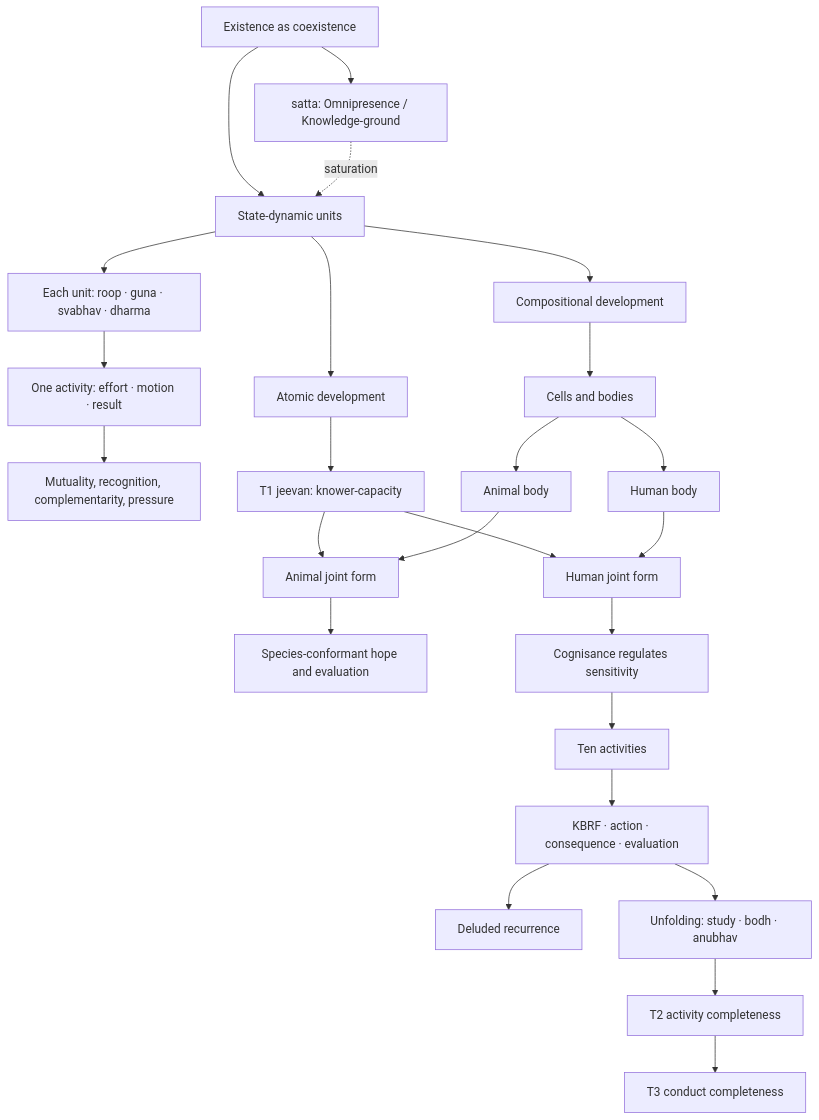
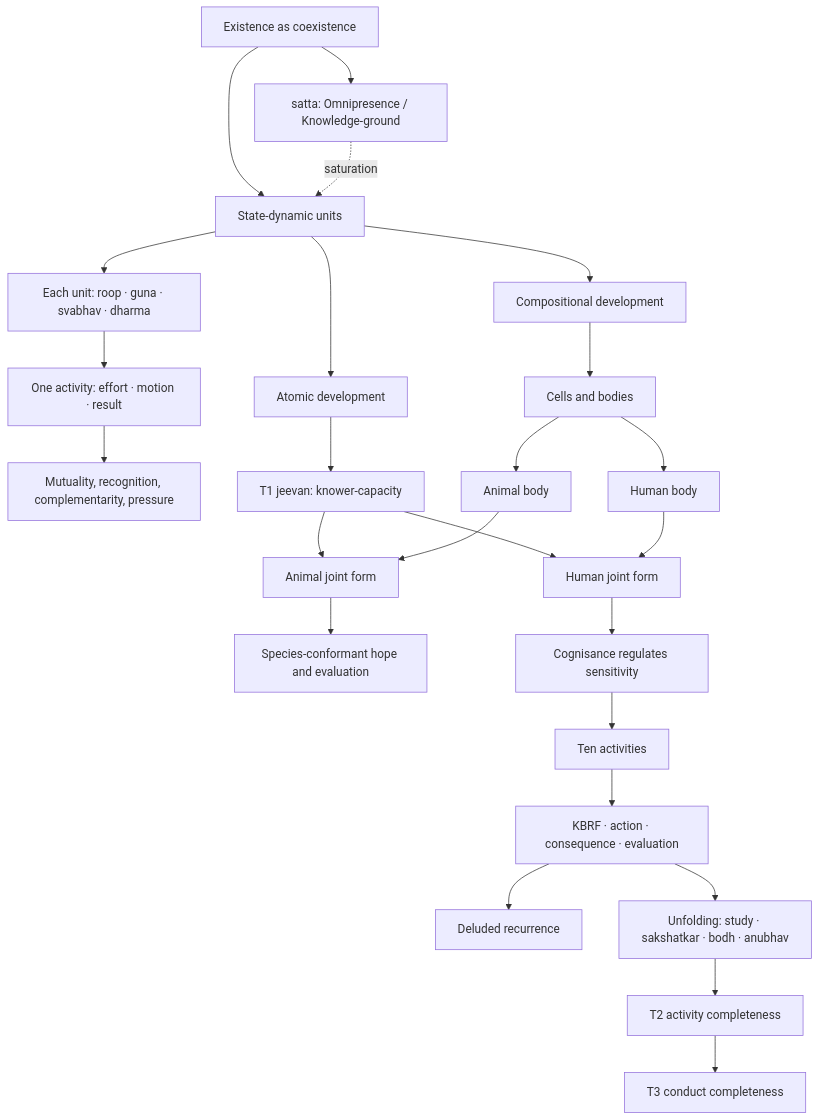
Before and after one commit to raghavamohan/AnalyticMadhyasthDarshan: the first of 7 diagrams in Studies/A-State-Dynamic-Model-Of-Coexistence/A-State-Dynamic-Model-Of-Coexistence.md, drawn with Mermaid. The commit also changed other lines of this file and 8 other files, not shown here.

First line of the commit message:
Insert sakshatkar into the unfolding path of the state-dynamic model.

````diff
--- a/Studies/A-State-Dynamic-Model-Of-Coexistence/A-State-Dynamic-Model-Of-Coexistence.md
+++ b/Studies/A-State-Dynamic-Model-Of-Coexistence/A-State-Dynamic-Model-Of-Coexistence.md
@@ -32,30 +32,30 @@
 ```mermaid
 flowchart TD
     E["Existence as coexistence"] --> O["satta: Omnipresence / Knowledge-ground"]
     E --> U["State-dynamic units"]
     O -.->|"saturation"| U
     U --> ONE["Each unit: roop · guna · svabhav · dharma"]
     ONE --> EMR["One activity: effort · motion · result"]
     EMR --> MUT["Mutuality, recognition, complementarity, pressure"]
 
     U --> CL["Compositional development"]
     CL --> BIO["Cells and bodies"]
     U --> AL["Atomic development"]
     AL --> T1["T1 jeevan: knower-capacity"]
     BIO --> AB["Animal body"]
     BIO --> HB["Human body"]
     T1 --> AJ["Animal joint form"]
     T1 --> HJ["Human joint form"]
     AB --> AJ
     HB --> HJ
 
     AJ --> AE["Species-conformant hope and evaluation"]
 
     HJ --> COG["Cognisance regulates sensitivity"]
     COG --> HF["Ten activities"]
     HF --> REC["KBRF · action · consequence · evaluation"]
     REC --> DEL["Deluded recurrence"]
-    REC --> AW["Unfolding: study · bodh · anubhav"]
+    REC --> AW["Unfolding: study · sakshatkar · bodh · anubhav"]
     AW --> T2["T2 activity completeness"]
     T2 --> T3["T3 conduct completeness"]
 ```
````
